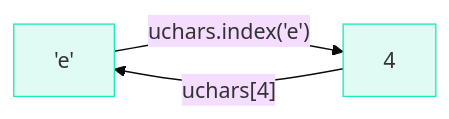
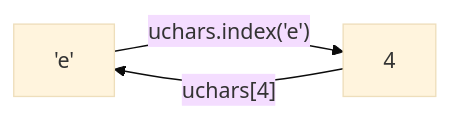
One commit to iamkhalid2/microgpt-course changed the diagram in docs/01-data-and-tokenization/01-characters-as-numbers.md. Above: the diagram before and after it, drawn with Mermaid (base theme). The commit also changed 20 other files, not shown here.

Commit message:
Remove all inline Mermaid styles - let theme handle colors natively

````diff
--- a/docs/01-data-and-tokenization/01-characters-as-numbers.md
+++ b/docs/01-data-and-tokenization/01-characters-as-numbers.md
@@ -68,8 +68,5 @@
 ```mermaid
 flowchart LR
     A["'e'"] -- "uchars.index('e')" --> B["4"]
     B -- "uchars[4]" --> A
-
-    style A fill:#e0faf4,stroke:#1de9b6
-    style B fill:#e0faf4,stroke:#1de9b6
 ```
````
